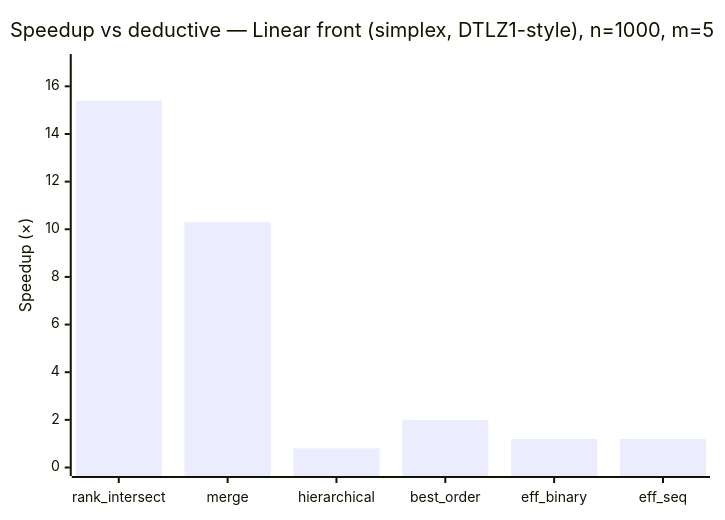
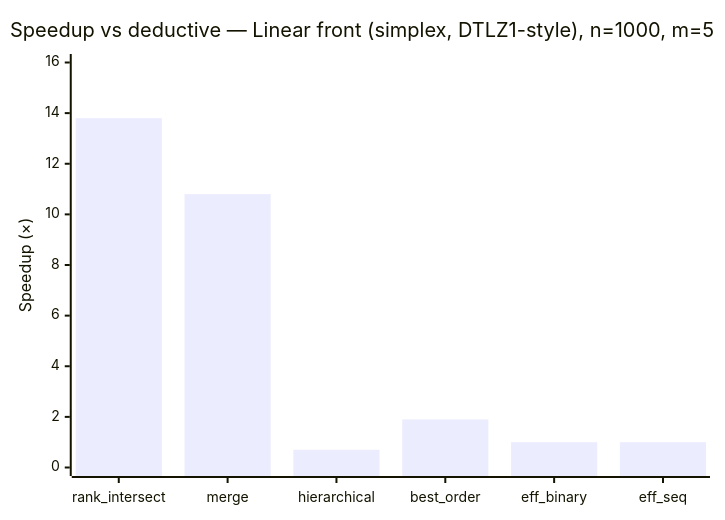
One commit to foolnotion/ndsort changed the second of 8 diagrams in BENCHMARKS.md. Above: the diagram before and after it, drawn with Mermaid. The commit also changed other lines of this file and 13 other files, not shown here.

````diff
--- a/BENCHMARKS.md
+++ b/BENCHMARKS.md
@@ -72,7 +72,7 @@
 ```mermaid
 xychart-beta
     title "Speedup vs deductive — Linear front (simplex, DTLZ1-style), n=1000, m=5"
     x-axis ["rank_intersect", "merge", "hierarchical", "best_order", "eff_binary", "eff_seq"]
-    y-axis "Speedup (×)" 0 --> 17
-    bar [15.4, 10.3, 0.8, 2.0, 1.2, 1.2]
+    y-axis "Speedup (×)" 0 --> 16
+    bar [13.8, 10.8, 0.7, 1.9, 1.0, 1.0]
 ```
````
